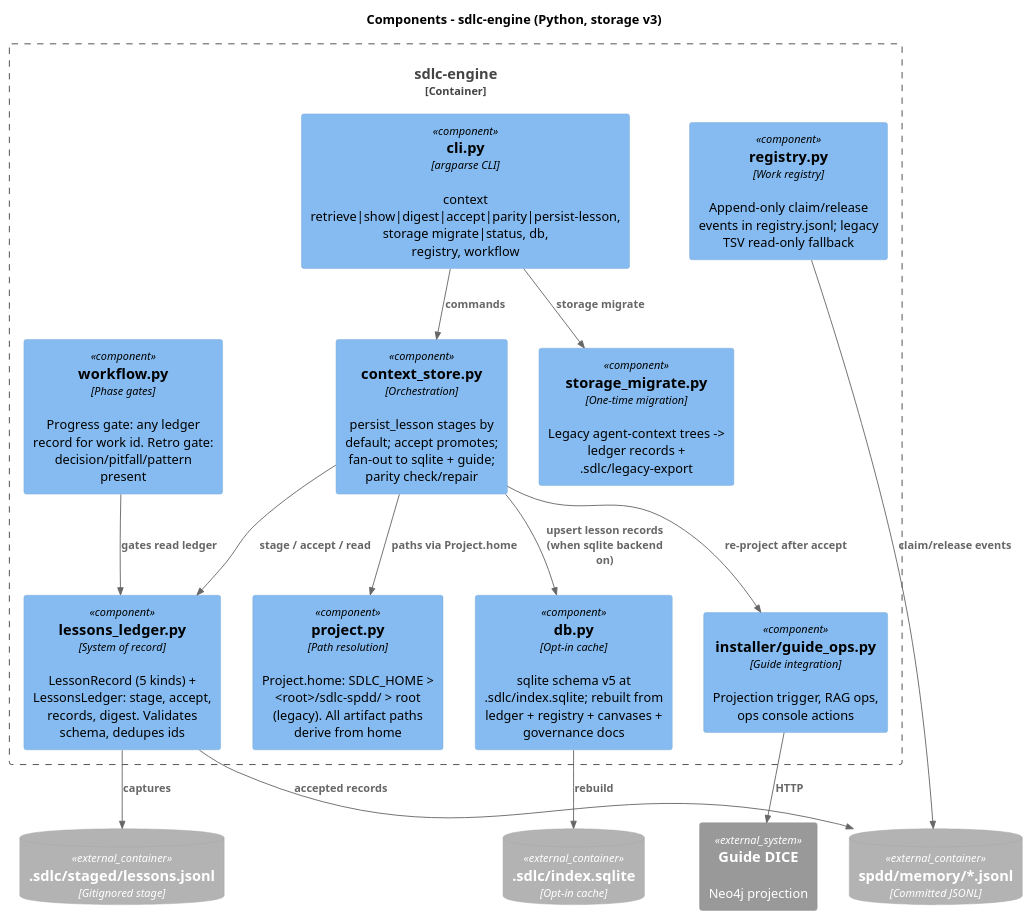
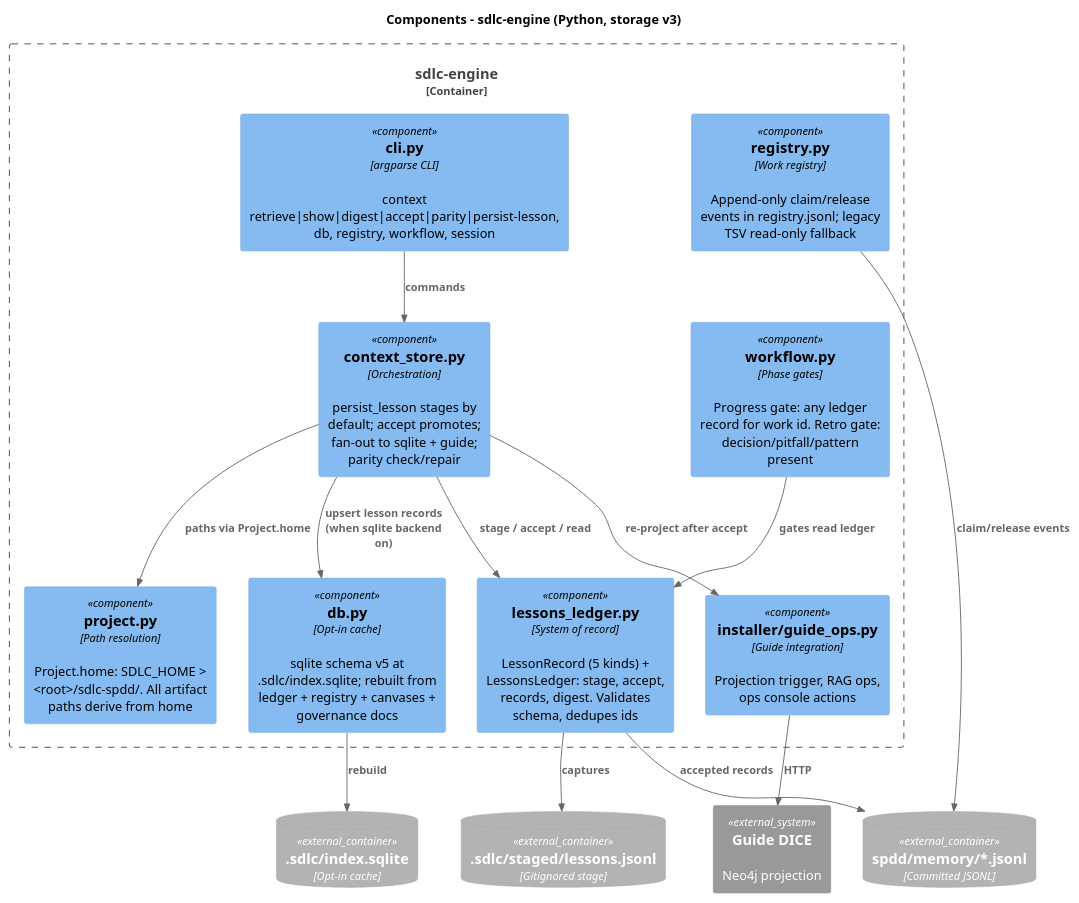
Before and after one commit to jmjava/sdlc-spdd-orchestrator: the diagram in docs/diagrams/03-component-engine.puml, drawn with PlantUML. The commit also changed 48 other files, not shown here.

```diff
--- a/docs/diagrams/03-component-engine.puml
+++ b/docs/diagrams/03-component-engine.puml
@@ -1,36 +1,34 @@
 @startuml 03-component-engine
 !include https://raw.githubusercontent.com/plantuml-stdlib/C4-PlantUML/master/C4_Component.puml
 
 title Components - sdlc-engine (Python, storage v3)
 
 Container_Boundary(engine, "sdlc-engine") {
-    Component(cli, "cli.py", "argparse CLI", "context retrieve|show|digest|accept|parity|persist-lesson, storage migrate|status, db, registry, workflow")
-    Component(project, "project.py", "Path resolution", "Project.home: SDLC_HOME > <root>/sdlc-spdd/ > root (legacy). All artifact paths derive from home")
+    Component(cli, "cli.py", "argparse CLI", "context retrieve|show|digest|accept|parity|persist-lesson, db, registry, workflow, session")
+    Component(project, "project.py", "Path resolution", "Project.home: SDLC_HOME > <root>/sdlc-spdd/. All artifact paths derive from home")
     Component(ledgermod, "lessons_ledger.py", "System of record", "LessonRecord (5 kinds) + LessonsLedger: stage, accept, records, digest. Validates schema, dedupes ids")
     Component(store, "context_store.py", "Orchestration", "persist_lesson stages by default; accept promotes; fan-out to sqlite + guide; parity check/repair")
     Component(registry, "registry.py", "Work registry", "Append-only claim/release events in registry.jsonl; legacy TSV read-only fallback")
     Component(db, "db.py", "Opt-in cache", "sqlite schema v5 at .sdlc/index.sqlite; rebuilt from ledger + registry + canvases + governance docs")
-    Component(migrate, "storage_migrate.py", "One-time migration", "Legacy agent-context trees -> ledger records + .sdlc/legacy-export")
     Component(workflow, "workflow.py", "Phase gates", "Progress gate: any ledger record for work id. Retro gate: decision/pitfall/pattern present")
     Component(guideops, "installer/guide_ops.py", "Guide integration", "Projection trigger, RAG ops, ops console actions")
 }
 
 ContainerDb_Ext(ledger, "spdd/memory/*.jsonl", "Committed JSONL")
 ContainerDb_Ext(staged, ".sdlc/staged/lessons.jsonl", "Gitignored stage")
 ContainerDb_Ext(sqlite, ".sdlc/index.sqlite", "Opt-in cache")
 System_Ext(guide, "Guide DICE", "Neo4j projection")
 
 Rel(cli, store, "commands")
-Rel(cli, migrate, "storage migrate")
 Rel(store, ledgermod, "stage / accept / read")
 Rel(store, db, "upsert lesson records (when sqlite backend on)")
 Rel(store, guideops, "re-project after accept")
 Rel(ledgermod, staged, "captures")
 Rel(ledgermod, ledger, "accepted records")
 Rel(registry, ledger, "claim/release events")
 Rel(db, sqlite, "rebuild")
 Rel(guideops, guide, "HTTP")
 Rel(workflow, ledgermod, "gates read ledger")
 Rel(store, project, "paths via Project.home")
 
 @enduml
```
